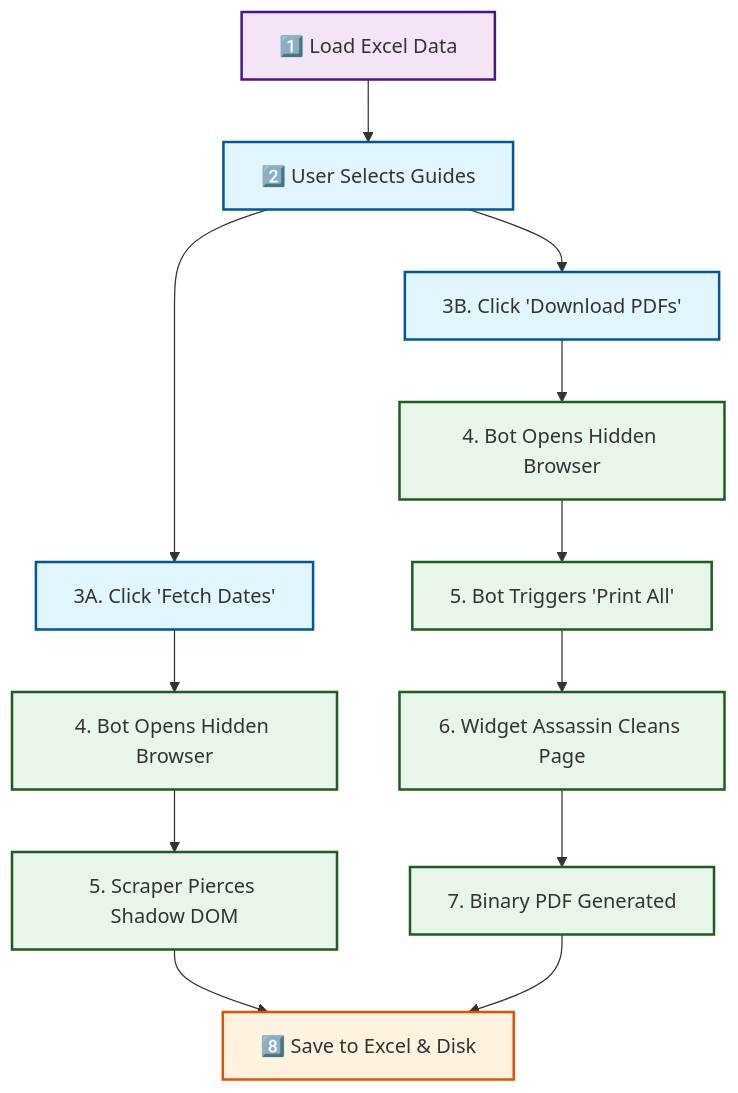
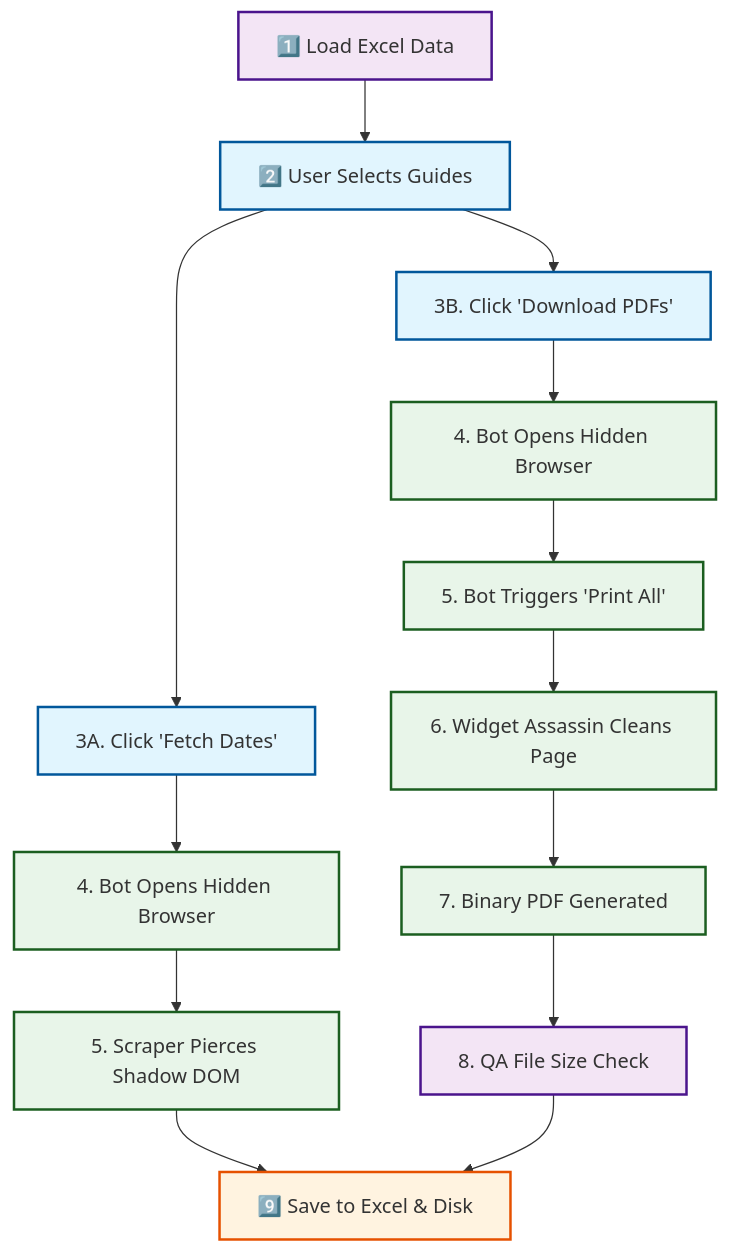
Before and after one commit to smuruhesan/pdf-downloader: the diagram in README.md, drawn with Mermaid. The commit also changed other lines of this file, not shown here.

````diff
--- a/README.md
+++ b/README.md
@@ -72,45 +67,46 @@
 ```mermaid
 graph TD
     %% Define Styles
     classDef userAction fill:#e1f5fe,stroke:#01579b,stroke-width:2px;
     classDef appProcess fill:#f3e5f5,stroke:#4a148c,stroke-width:2px;
     classDef botAction fill:#e8f5e9,stroke:#1b5e20,stroke-width:2px;
     classDef dataSave fill:#fff3e0,stroke:#e65100,stroke-width:2px;
 
     %% Nodes
     Step1["1️⃣ Load Excel Data"]:::appProcess
     Step2["2️⃣ User Selects Guides"]:::userAction
     
     %% Split Actions
     Step3A["3A. Click 'Fetch Dates'"]:::userAction
     Step3B["3B. Click 'Download PDFs'"]:::userAction
 
     %% Date Flow
     Step4A["4. Bot Opens Hidden Browser"]:::botAction
     Step5A["5. Scraper Pierces Shadow DOM"]:::botAction
     
     %% PDF Flow
     Step4B["4. Bot Opens Hidden Browser"]:::botAction
     Step5B["5. Bot Triggers 'Print All'"]:::botAction
     Step6B["6. Widget Assassin Cleans Page"]:::botAction
     Step7B["7. Binary PDF Generated"]:::botAction
+    Step8B["8. QA File Size Check"]:::appProcess
 
     %% Final Save
-    Step8["8️⃣ Save to Excel & Disk"]:::dataSave
+    Step9["9️⃣ Save to Excel & Disk"]:::dataSave
 
     %% Connections
     Step1 --> Step2
     Step2 --> Step3A
     Step2 --> Step3B
     
     Step3A --> Step4A
     Step4A --> Step5A
-    Step5A --> Step8
+    Step5A --> Step9
     
     Step3B --> Step4B
     Step4B --> Step5B
     Step5B --> Step6B
     Step6B --> Step7B
-    Step7B --> Step8
-
+    Step7B --> Step8B
+    Step8B --> Step9
 ```
````
